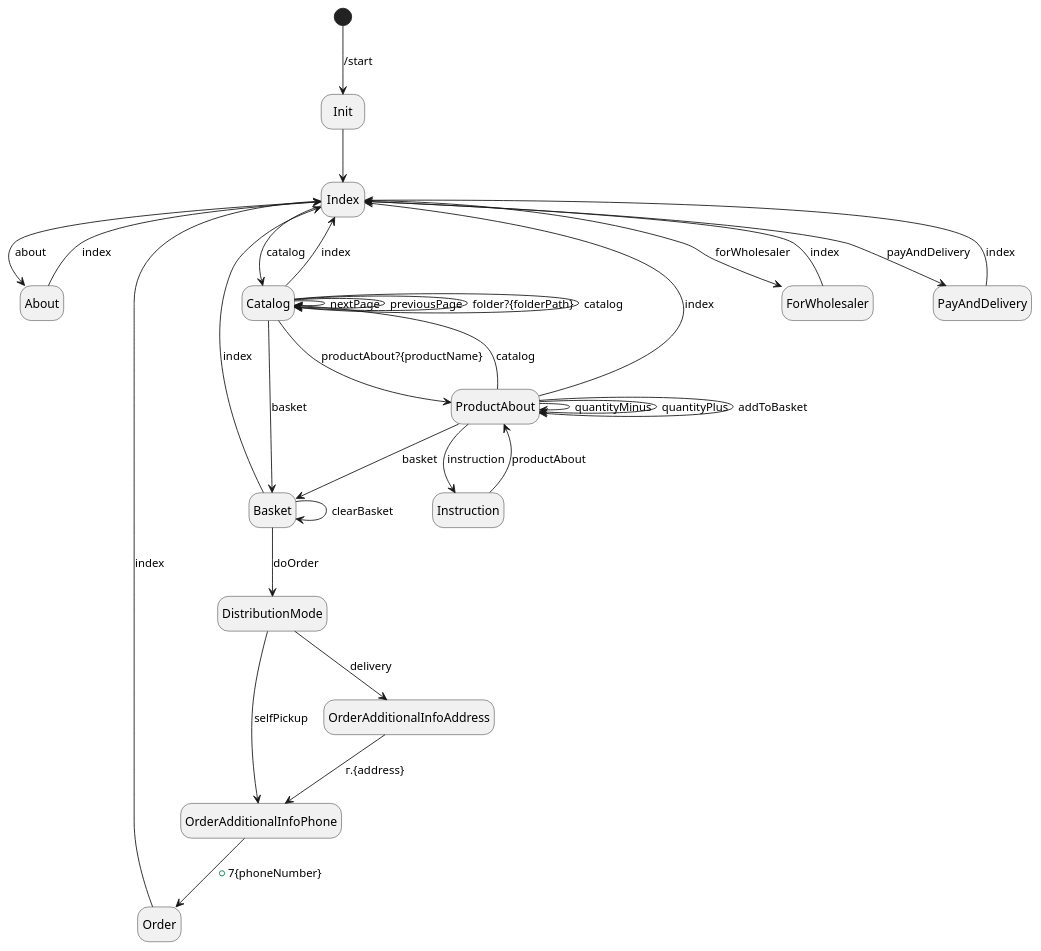
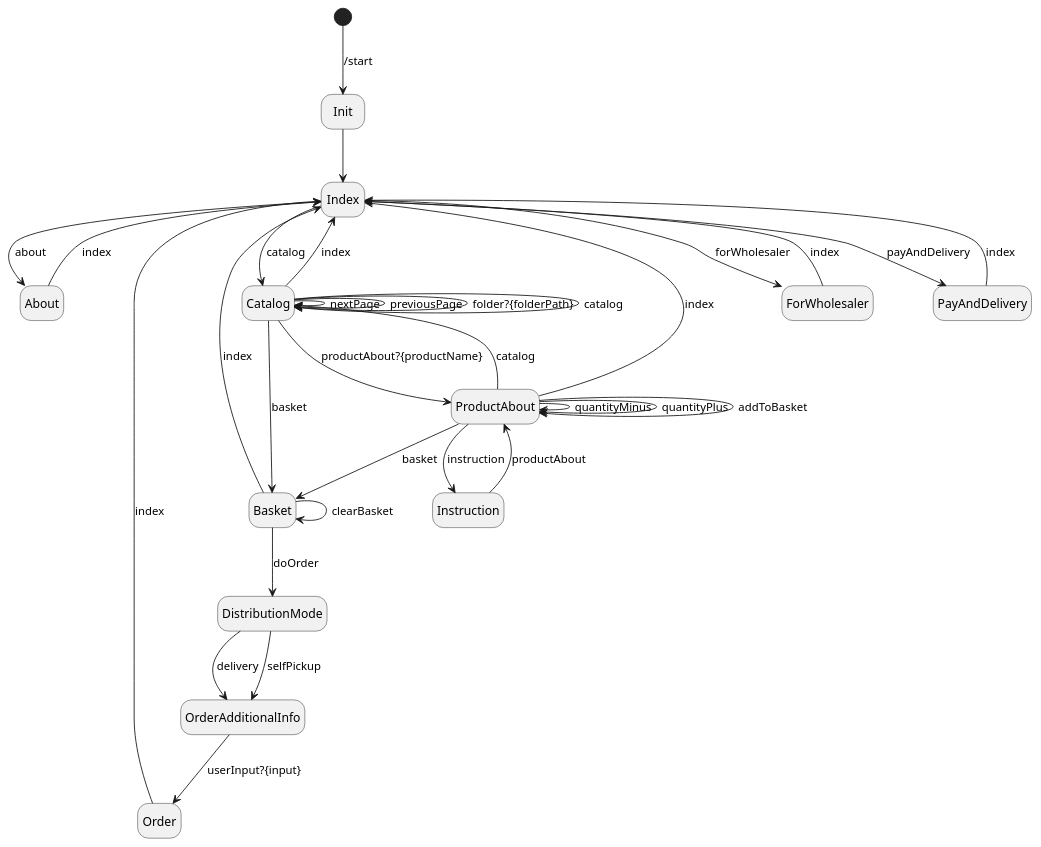
Before and after one commit to ViktorShchukin/shopbot: the diagram in doc/botFsmDiagram.md, drawn with PlantUML. The commit also changed 19 other files, not shown here.

Commit message:
Redo phone number and address input logic.

````diff
--- a/doc/botFsmDiagram.md
+++ b/doc/botFsmDiagram.md
@@ -2,62 +2,61 @@
 ```plantuml
 hide empty description
 
 state entrypoint <<start>>
 
 state About
 state Basket
 state Catalog
 state Index
 state Init
 state Order
 state ProductAbout
 state ForWholesaler
 state PayAndDelivery
 state Instruction
 state DistributionMode
+state OrderAdditionalInfo
     
 entrypoint --> Init : /start
 Init --> Index
 
 Index --> About : about
 Index --> Catalog : catalog
 Index --> ForWholesaler : forWholesaler
 Index --> PayAndDelivery : payAndDelivery
 
 ForWholesaler --> Index : index
 About --> Index : index
 PayAndDelivery --> Index : index
 
 Catalog --> Index : index
 Catalog --> ProductAbout : productAbout?{productName}
 Catalog --> Catalog : nextPage
 Catalog --> Catalog : previousPage
 '' get into the specific folder 
 Catalog --> Catalog : folder?{folderPath}
 '' go to the root of the catalog
 Catalog --> Catalog : catalog
 Catalog --> Basket : basket
 
 ProductAbout --> ProductAbout : quantityMinus
 ProductAbout --> ProductAbout : quantityPlus
 ProductAbout --> ProductAbout : addToBasket
 ProductAbout --> Basket : basket
 ProductAbout --> Index : index
 ProductAbout --> Catalog : catalog
 ProductAbout --> Instruction : instruction
 
 Instruction --> ProductAbout : productAbout
 
 Basket --> Index : index
 Basket --> Basket : clearBasket
 Basket --> DistributionMode : doOrder
 
-DistributionMode --> OrderAdditionalInfoAddress : delivery
-DistributionMode --> OrderAdditionalInfoPhone : selfPickup
+DistributionMode --> OrderAdditionalInfo : delivery
+DistributionMode --> OrderAdditionalInfo : selfPickup
 
-OrderAdditionalInfoAddress --> OrderAdditionalInfoPhone : г.{address}
-
-OrderAdditionalInfoPhone --> Order : +7{phoneNumber}
+OrderAdditionalInfo --> Order : userInput?{input}
 
 Order --> Index : index
 ```
````
